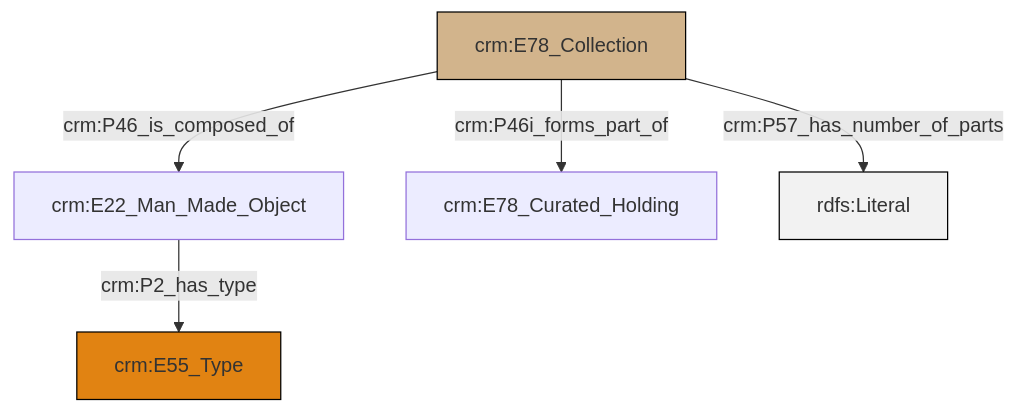
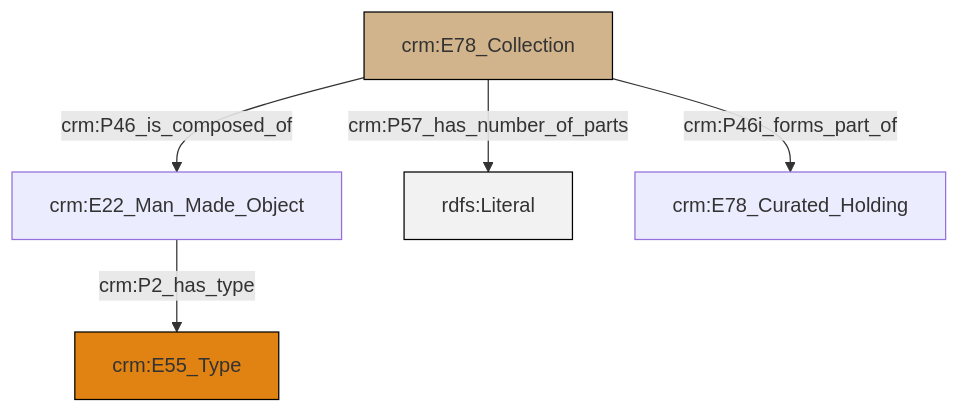
Before and after one commit to swiss-art-research-net/docs.swissartresearch: the diagram in et/archivalCSV/ttl/mmd/archival_parthood.ttl.mmd, drawn with Mermaid. The commit also changed 178 other files, not shown here.

```diff
--- a/et/archivalCSV/ttl/mmd/archival_parthood.ttl.mmd
+++ b/et/archivalCSV/ttl/mmd/archival_parthood.ttl.mmd
@@ -1,19 +1,19 @@
 graph TD
 classDef Literal fill:#f2f2f2,stroke:#000000;
 classDef CRM_Entity fill:#FFFFFF,stroke:#000000;
 classDef Temporal_Entity fill:#00C9E6, stroke:#000000;
 classDef Type fill:#E18312, stroke:#000000;
 classDef Time-Span fill:#2C9C91, stroke:#000000;
 classDef Appellation fill:#FFEB7F, stroke:#000000;
 classDef Place fill:#008836, stroke:#000000;
 classDef Persistent_Item fill:#B266B2, stroke:#000000;
 classDef Conceptual_Object fill:#FFD700, stroke:#000000;
 classDef Physical_Thing fill:#D2B48C, stroke:#000000;
 classDef Actor fill:#f58aad, stroke:#000000;
 classDef PC_Classes fill:#4ce600, stroke:#000000;
 classDef Multi fill:#cccccc,stroke:#000000;
 
-0["crm:E78_Collection"]:::Physical_Thing -->|crm:P46_is_composed_of| 1["crm:E22_Man_Made_Object"]:::Default
-0["crm:E78_Collection"]:::Physical_Thing -->|crm:P57_has_number_of_parts| 5[rdfs:Literal]:::Literal
-0["crm:E78_Collection"]:::Physical_Thing -->|crm:P46i_forms_part_of| 2["crm:E78_Curated_Holding"]:::Default
-1["crm:E22_Man_Made_Object"]:::Default -->|crm:P2_has_type| 6["crm:E55_Type"]:::Type
+2["crm:E78_Collection"]:::Physical_Thing -->|crm:P57_has_number_of_parts| 3[rdfs:Literal]:::Literal
+2["crm:E78_Collection"]:::Physical_Thing -->|crm:P46_is_composed_of| 0["crm:E22_Man_Made_Object"]:::Default
+2["crm:E78_Collection"]:::Physical_Thing -->|crm:P46i_forms_part_of| 6["crm:E78_Curated_Holding"]:::Default
+0["crm:E22_Man_Made_Object"]:::Default -->|crm:P2_has_type| 4["crm:E55_Type"]:::Type
```
